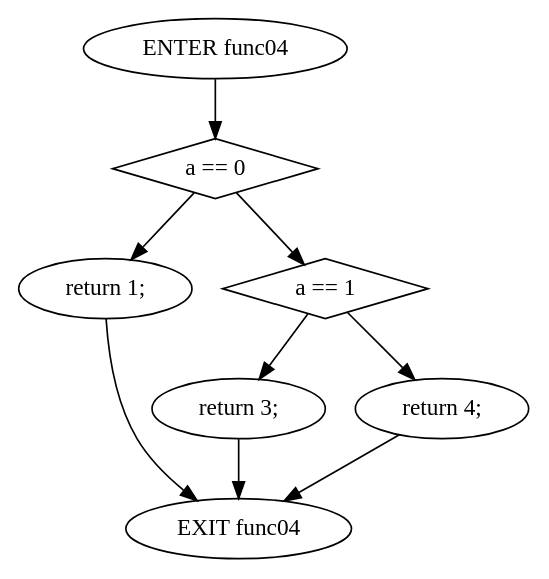
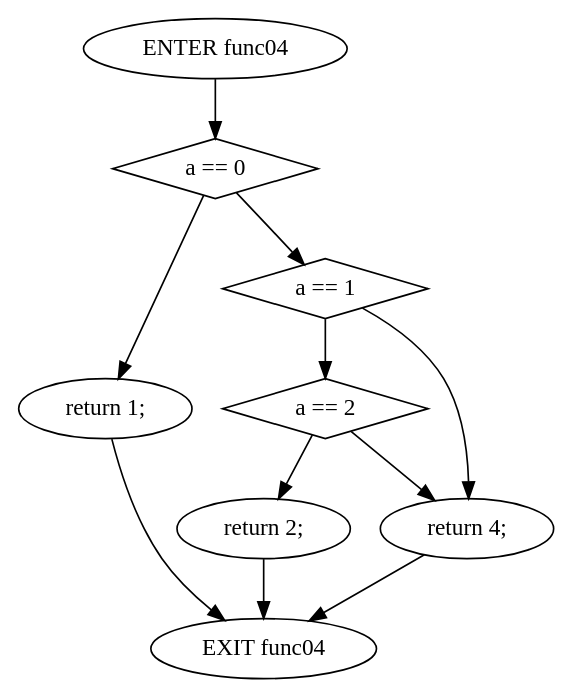
One commit to Surprise-Jing/Java-oriented-analysis-and-understanding-tools changed the diagram in staticSlicer/data/testcases/output/sequence/Return/cfg/dot/func04(int).dot. Above: the diagram before and after it, drawn with Graphviz. The commit also changed 86 other files, not shown here.

```diff
--- a/staticSlicer/data/testcases/output/sequence/Return/cfg/dot/func04(int).dot
+++ b/staticSlicer/data/testcases/output/sequence/Return/cfg/dot/func04(int).dot
@@ -1,17 +1,20 @@
 digraph G {
   0 [ label="ENTER func04" ];
   1 [ label="EXIT func04" ];
   2 [ shape="diamond" label="a == 0" ];
   3 [ label="return 1;" ];
   4 [ shape="diamond" label="a == 1" ];
-  5 [ label="return 3;" ];
-  6 [ label="return 4;" ];
+  5 [ shape="diamond" label="a == 2" ];
+  6 [ label="return 2;" ];
+  7 [ label="return 4;" ];
   0 -> 2;
   2 -> 3;
   2 -> 4;
   4 -> 5;
-  4 -> 6;
+  5 -> 6;
+  5 -> 7;
+  4 -> 7;
   3 -> 1;
-  5 -> 1;
   6 -> 1;
+  7 -> 1;
 }
```
